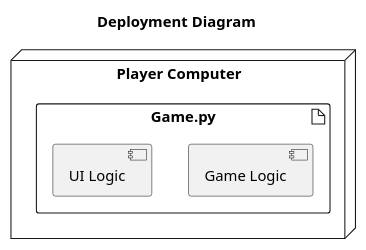
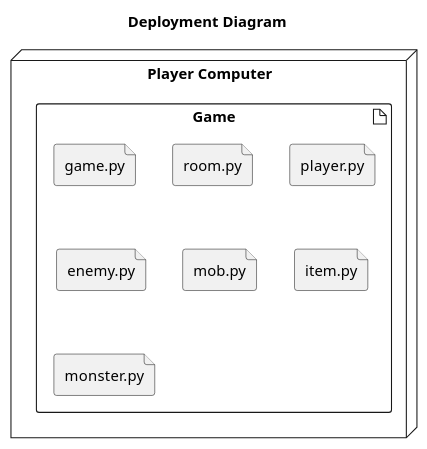
Before and after one commit to paulconnett/oop-group-final: the diagram in game/uml/physical.plantuml, drawn with PlantUML. The commit also changed 9 other files, not shown here.

```diff
--- a/game/uml/physical.plantuml
+++ b/game/uml/physical.plantuml
@@ -1,11 +1,16 @@
 @startuml Physical View
 title Deployment Diagram
 
 node "Player Computer" {
-  artifact "Game.py" {
-    component "Game Logic"
-    component "UI Logic"
+  artifact "Game" {
+    file "game.py"
+    file "room.py"
+    file "player.py"
+    file "enemy.py"
+    file "mob.py"
+    file "item.py"
+    file "monster.py"
   }
 }
 
 @enduml
```
